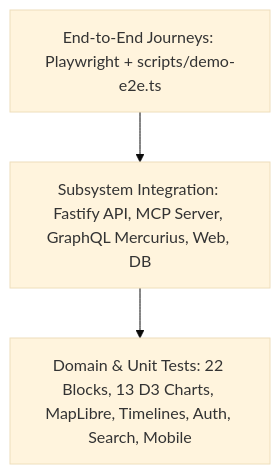
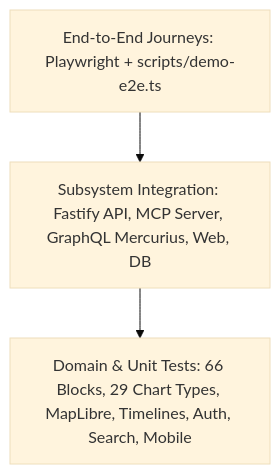
One commit to chahakshahcs5/GlobalPulse changed the first of 2 diagrams in docs/testing.md. Above: the diagram before and after it, drawn with Mermaid (base theme). The commit also changed other lines of this file and 186 other files, not shown here.

````diff
--- a/docs/testing.md
+++ b/docs/testing.md
@@ -9,9 +9,9 @@
 ```mermaid
 graph TD
     E2E[End-to-End Journeys: Playwright + scripts/demo-e2e.ts]
     Integration[Subsystem Integration: Fastify API, MCP Server, GraphQL Mercurius, Web, DB]
-    Unit[Domain & Unit Tests: 22 Blocks, 13 D3 Charts, MapLibre, Timelines, Auth, Search, Mobile]
+    Unit[Domain & Unit Tests: 66 Blocks, 29 Chart Types, MapLibre, Timelines, Auth, Search, Mobile]
 
     E2E --> Integration
     Integration --> Unit
 ```
````
